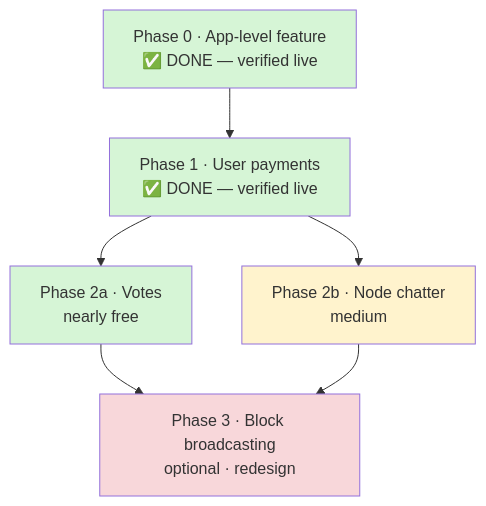
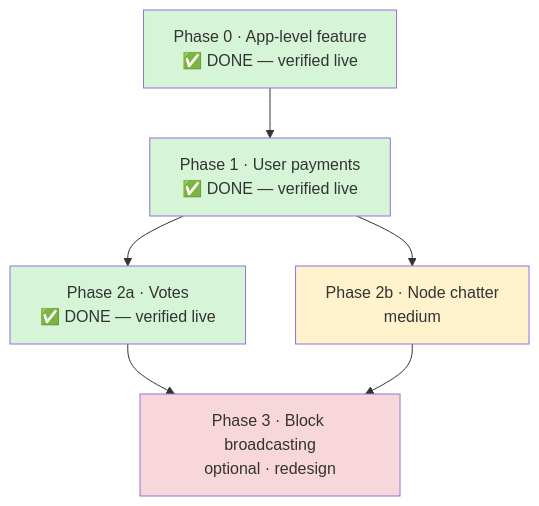
The fifth of 5 diagrams in docs/ml-dsa-migration.md (Fortiquo-Blockchain/solana-ml-dsa-44), drawn with Mermaid before and after one commit. The commit also changed other lines of this file and 15 other files, not shown here.

First line of the commit message:
feat(consensus): sign validator votes with ML-DSA-44 (Phase 2)

````diff
--- a/docs/ml-dsa-migration.md
+++ b/docs/ml-dsa-migration.md
@@ -156,17 +156,17 @@
 ```mermaid
 flowchart TB
     P0["Phase 0 · App-level feature<br/>✅ DONE — verified live"]
     P1["Phase 1 · User payments<br/>✅ DONE — verified live"]
-    P2a["Phase 2a · Votes<br/>nearly free"]
+    P2a["Phase 2a · Votes<br/>✅ DONE — verified live"]
     P2b["Phase 2b · Node chatter<br/>medium"]
     P3["Phase 3 · Block broadcasting<br/>optional · redesign"]
     P0 --> P1 --> P2a
     P1 --> P2b
     P2a --> P3
     P2b --> P3
     style P0 fill:#d6f5d6
     style P1 fill:#d6f5d6
     style P2a fill:#d6f5d6
     style P2b fill:#fff3cd
     style P3 fill:#f8d7da
 ```
````
